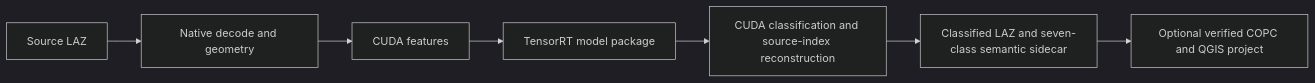
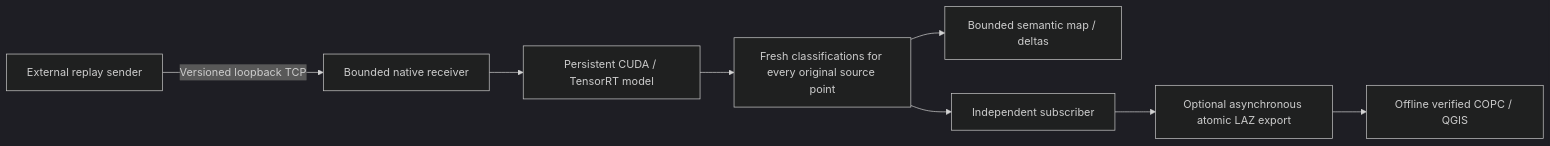
One commit to Juurikko/synrex-jetson-lidar-edge changed the diagram in README.md. Above: the diagram before and after it, drawn with Mermaid (dark theme). The commit also changed other lines of this file and 262 other files, not shown here.

````diff
--- a/README.md
+++ b/README.md
@@ -16,9 +28,10 @@
 ```mermaid
 flowchart LR
-  A[Source LAZ] --> B[Native decode and geometry]
-  B --> C[CUDA features]
-  C --> D[TensorRT model package]
-  D --> E[CUDA classification and source-index reconstruction]
-  E --> F[Classified LAZ and seven-class semantic sidecar]
-  F --> G[Optional verified COPC and QGIS project]
+  A[External replay sender] -->|Versioned loopback TCP| B[Bounded native receiver]
+  B --> C[Persistent CUDA / TensorRT model]
+  C --> D[Fresh classifications for every original source point]
+  D --> E[Bounded semantic map / deltas]
+  D --> F[Independent subscriber]
+  F --> G[Optional asynchronous atomic LAZ export]
+  G --> H[Offline verified COPC / QGIS]
 ```
````
